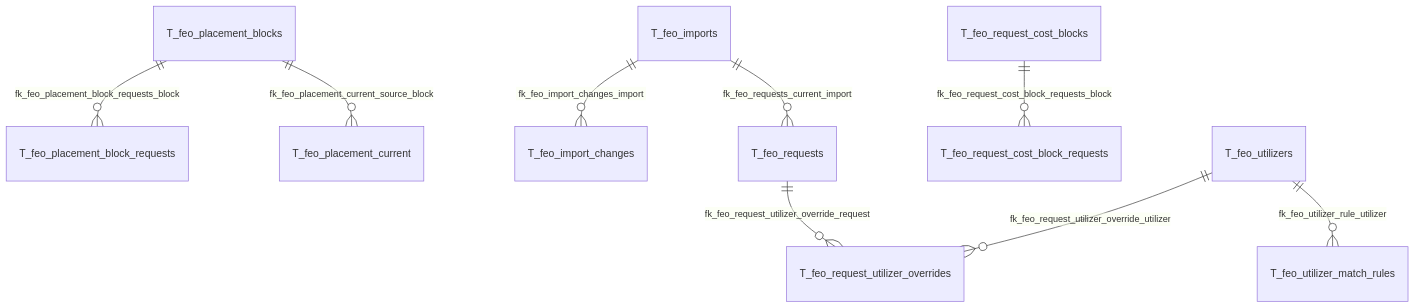
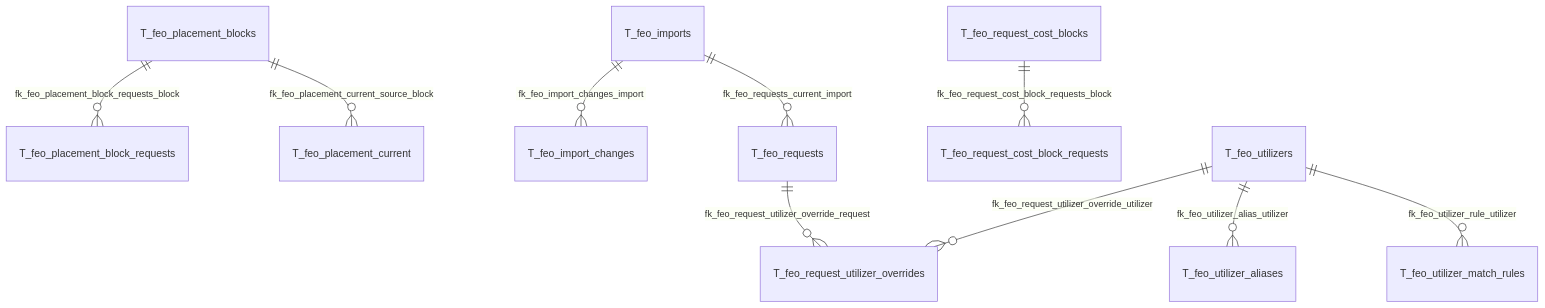
One commit to caymanlogistic-crypto/erp-planex-ci changed the seventh of 9 diagrams in docs/database/TENANT_ERD.md. Above: the diagram before and after it, drawn with Mermaid. The commit also changed other lines of this file and 15 other files, not shown here.

Commit message:
Sync tenant schema docs for migration 126

````diff
--- a/docs/database/TENANT_ERD.md
+++ b/docs/database/TENANT_ERD.md
@@ -121,11 +121,12 @@
 ```mermaid
 erDiagram
   T_feo_imports ||--o{ T_feo_import_changes : "fk_feo_import_changes_import"
   T_feo_placement_blocks ||--o{ T_feo_placement_block_requests : "fk_feo_placement_block_requests_block"
   T_feo_placement_blocks ||--o{ T_feo_placement_current : "fk_feo_placement_current_source_block"
   T_feo_request_cost_blocks ||--o{ T_feo_request_cost_block_requests : "fk_feo_request_cost_block_requests_block"
   T_feo_requests ||--o{ T_feo_request_utilizer_overrides : "fk_feo_request_utilizer_override_request"
   T_feo_utilizers ||--o{ T_feo_request_utilizer_overrides : "fk_feo_request_utilizer_override_utilizer"
   T_feo_imports ||--o{ T_feo_requests : "fk_feo_requests_current_import"
+  T_feo_utilizers ||--o{ T_feo_utilizer_aliases : "fk_feo_utilizer_alias_utilizer"
   T_feo_utilizers ||--o{ T_feo_utilizer_match_rules : "fk_feo_utilizer_rule_utilizer"
 ```
````
